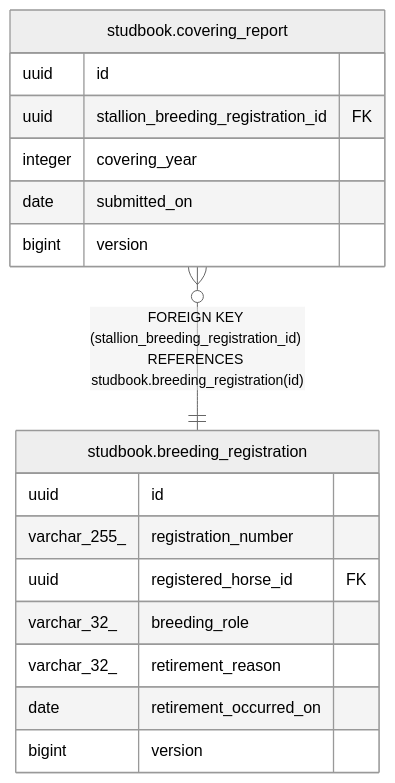
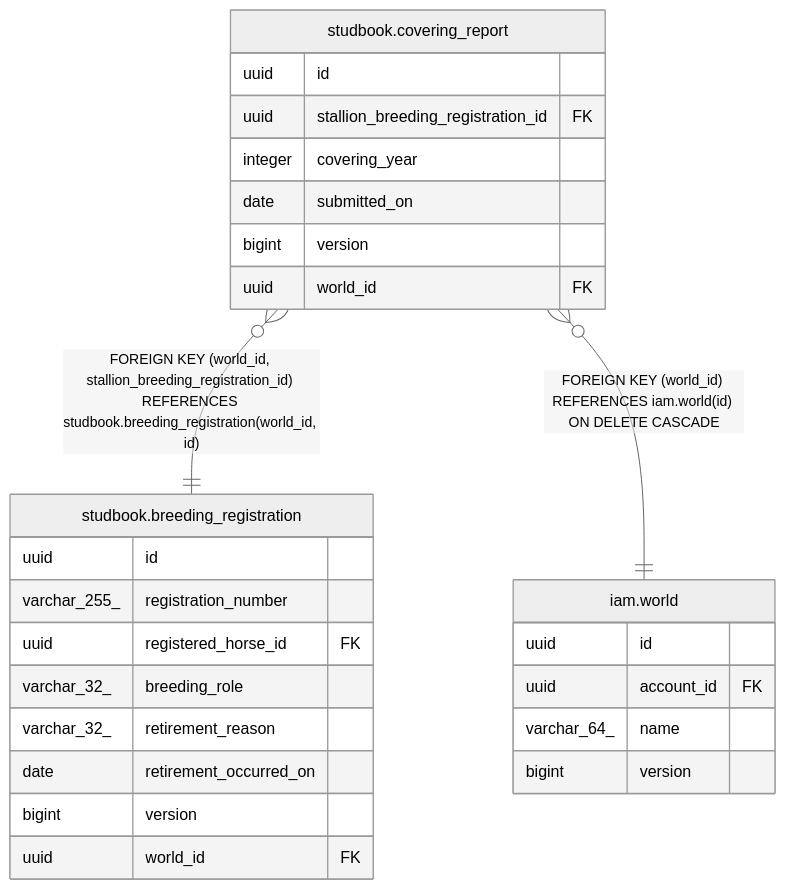
Before and after one commit to ptiringo/toy-box: the diagram in dbdoc/studbook.covering_report.md, drawn with Mermaid (neutral theme). The commit also changed other lines of this file and 129 other files, not shown here.

````diff
--- a/dbdoc/studbook.covering_report.md
+++ b/dbdoc/studbook.covering_report.md
@@ -34,22 +38,31 @@
 ```mermaid
 erDiagram
 
-"studbook.covering_report" }o--|| "studbook.breeding_registration" : "FOREIGN KEY (stallion_breeding_registration_id) REFERENCES studbook.breeding_registration(id)"
+"studbook.covering_report" }o--|| "studbook.breeding_registration" : "FOREIGN KEY (world_id, stallion_breeding_registration_id) REFERENCES studbook.breeding_registration(world_id, id)"
+"studbook.covering_report" }o--|| "iam.world" : "FOREIGN KEY (world_id) REFERENCES iam.world(id) ON DELETE CASCADE"
 
 "studbook.covering_report" {
   uuid id
   uuid stallion_breeding_registration_id FK
   integer covering_year
   date submitted_on
   bigint version
+  uuid world_id FK
 }
 "studbook.breeding_registration" {
   uuid id
   varchar_255_ registration_number
   uuid registered_horse_id FK
   varchar_32_ breeding_role
   varchar_32_ retirement_reason
   date retirement_occurred_on
   bigint version
+  uuid world_id FK
+}
+"iam.world" {
+  uuid id
+  uuid account_id FK
+  varchar_64_ name
+  bigint version
 }
 ```
````
